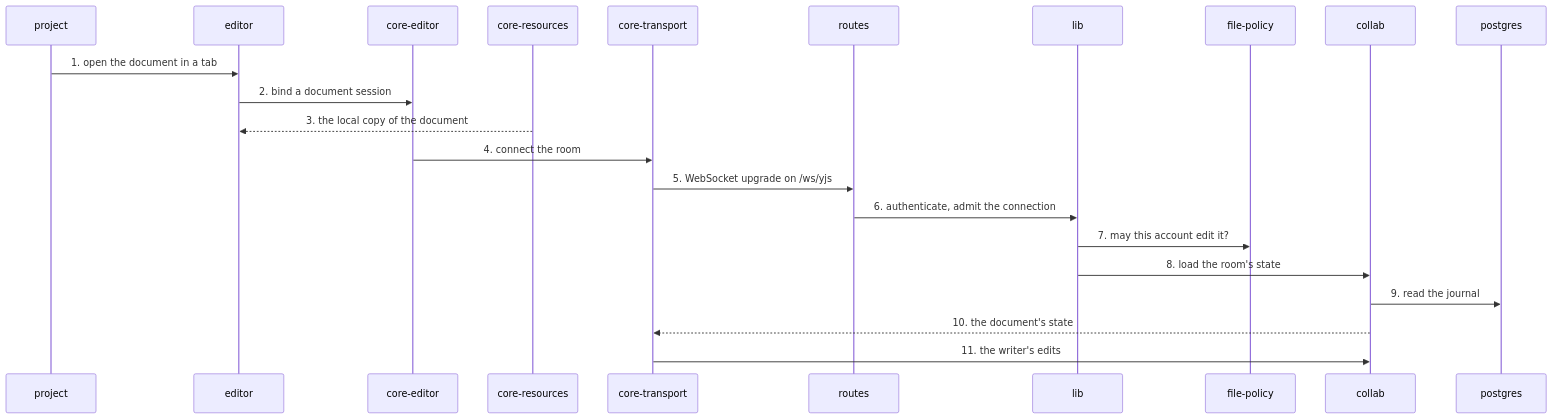
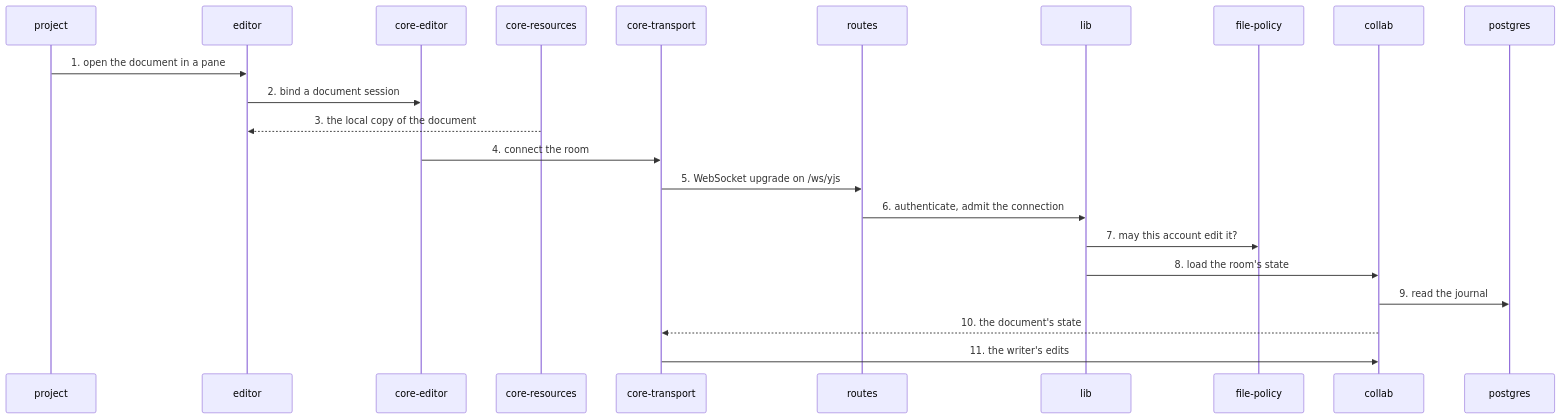
Before and after one commit to haowjy/meridian-flow: the diagram in .context/system-architecture/flows/opening-a-document.md, drawn with Mermaid. The commit also changed other lines of this file and 8 other files, not shown here.

````diff
--- a/.context/system-architecture/flows/opening-a-document.md
+++ b/.context/system-architecture/flows/opening-a-document.md
@@ -6,24 +6,24 @@
 ```mermaid
 sequenceDiagram
   participant project
   participant editor
   participant core-editor
   participant core-resources
   participant core-transport
   participant server-routes as routes
   participant server-lib as lib
   participant file-policy
   participant collab
   participant postgres
-  project->>editor: 1. open the document in a tab
+  project->>editor: 1. open the document in a pane
   editor->>core-editor: 2. bind a document session
   core-resources-->>editor: 3. the local copy of the document
   core-editor->>core-transport: 4. connect the room
   core-transport->>server-routes: 5. WebSocket upgrade on /ws/yjs
   server-routes->>server-lib: 6. authenticate, admit the connection
   server-lib->>file-policy: 7. may this account edit it?
   server-lib->>collab: 8. load the room's state
   collab->>postgres: 9. read the journal
   collab-->>core-transport: 10. the document's state
   core-transport->>collab: 11. the writer's edits
 ```
````
